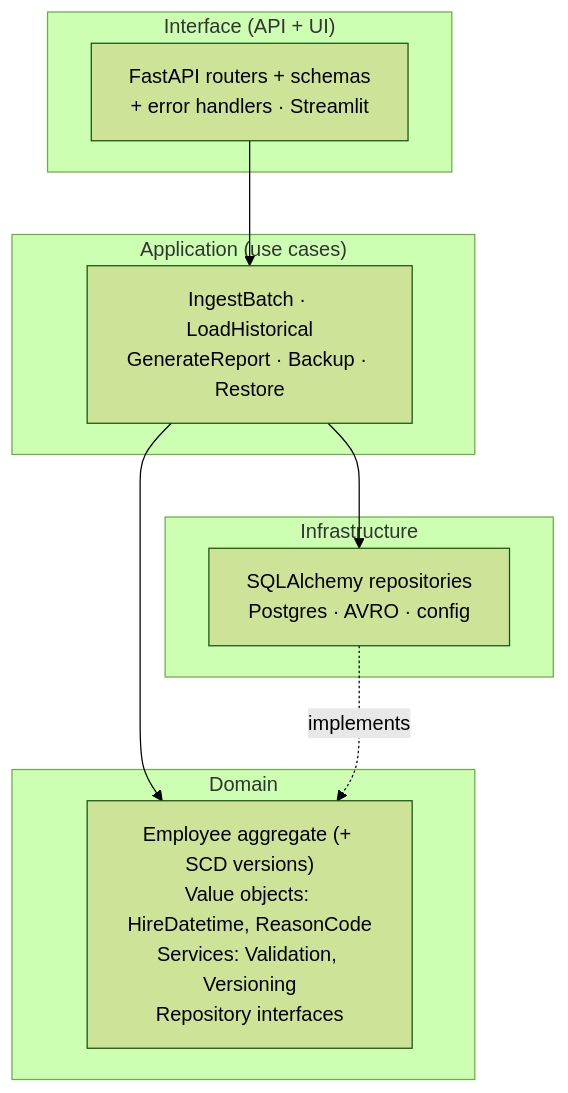
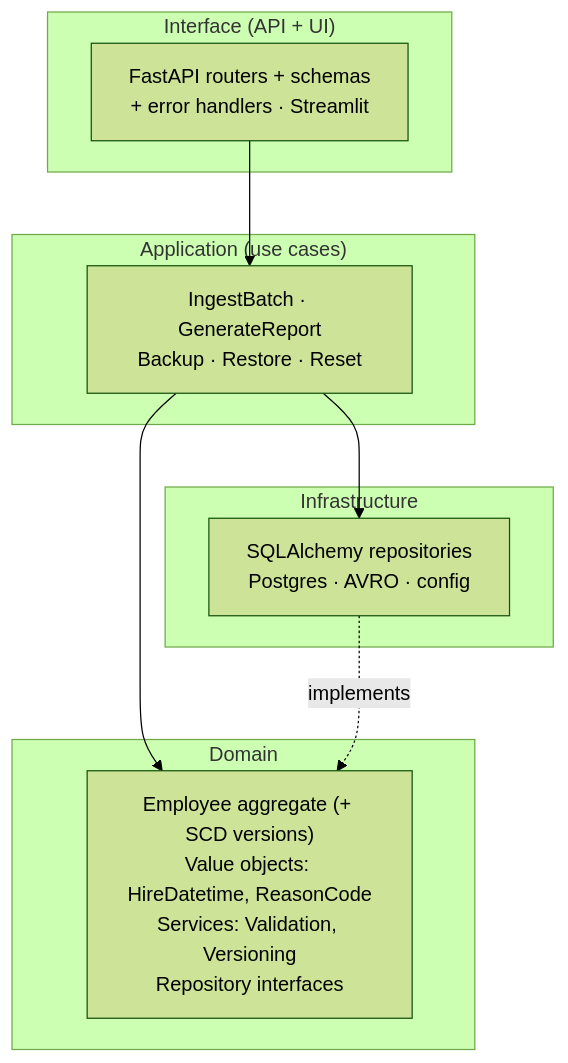
Before and after one commit to Pliperkiller/hiring-data-platform: the second of 4 diagrams in docs/DESIGN.md, drawn with Mermaid (forest theme). The commit also changed other lines of this file and 4 other files, not shown here.

````diff
--- a/docs/DESIGN.md
+++ b/docs/DESIGN.md
@@ -60,19 +60,19 @@
 ```mermaid
 flowchart TD
     subgraph interface["Interface (API + UI)"]
         ROUTERS["FastAPI routers + schemas<br/>+ error handlers · Streamlit"]
     end
     subgraph application["Application (use cases)"]
-        UC["IngestBatch · LoadHistorical<br/>GenerateReport · Backup · Restore"]
+        UC["IngestBatch · GenerateReport<br/>Backup · Restore · Reset"]
     end
     subgraph domain["Domain"]
         AGG["Employee aggregate (+ SCD versions)<br/>Value objects: HireDatetime, ReasonCode<br/>Services: Validation, Versioning<br/>Repository interfaces"]
     end
     subgraph infra["Infrastructure"]
         REPO["SQLAlchemy repositories<br/>Postgres · AVRO · config"]
     end
     ROUTERS --> UC
     UC --> AGG
     UC --> REPO
     REPO -. implements .-> AGG
 ```
````
